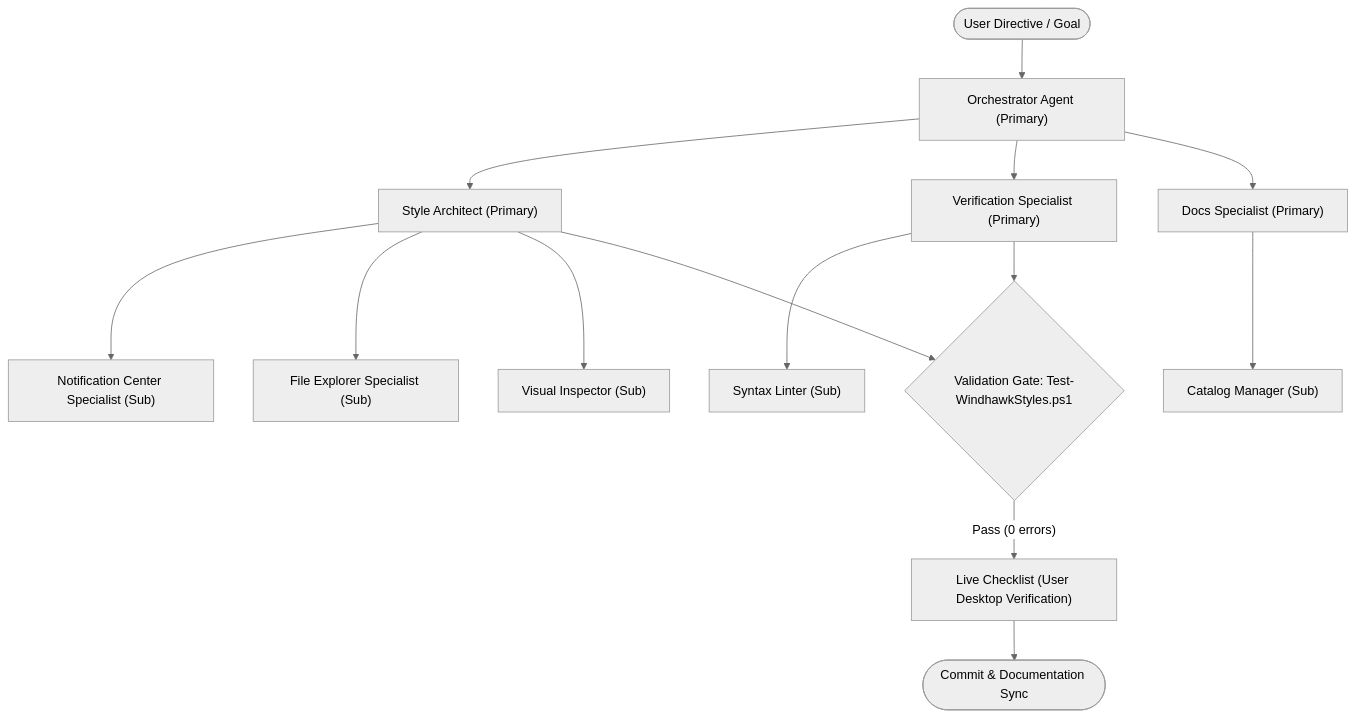
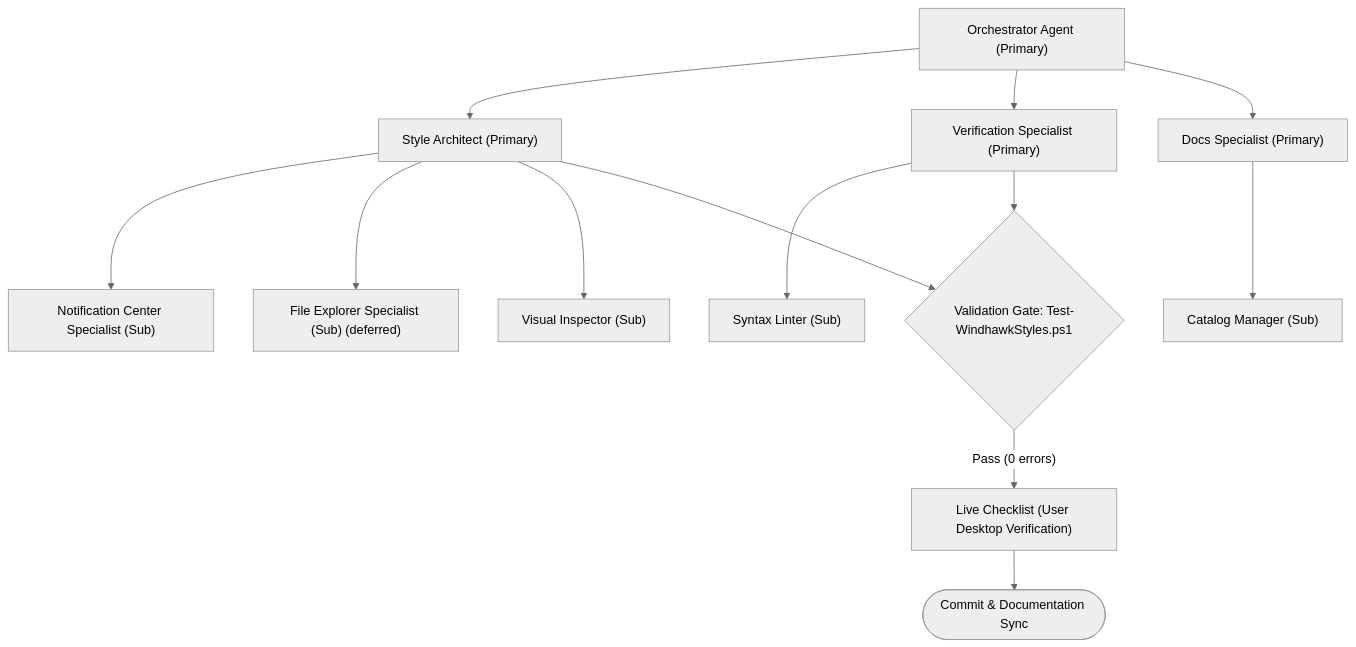
The diagram in .agents/README.md (HELIX-Origin/Windhawk-Command-Center-Suite), drawn with Mermaid (neutral theme) before and after one commit. The commit also changed other lines of this file and 22 other files, not shown here.

First line of the commit message:
feat: Update Style Architect and sub-agents documentation for deferred File Explorer work

````diff
--- a/.agents/README.md
+++ b/.agents/README.md
@@ -23,21 +26,21 @@
 ```mermaid
 flowchart TD
-    UserGoal(["User Directive / Goal"]) --> Orchestrator["Orchestrator Agent (Primary)"]
+    Orchestrator["Orchestrator Agent (Primary)"]
 
     Orchestrator --> Engineering["Style Architect (Primary)"]
     Orchestrator --> Quality["Verification Specialist (Primary)"]
     Orchestrator --> Documentation["Docs Specialist (Primary)"]
 
     Engineering --> NC["Notification Center Specialist (Sub)"]
-    Engineering --> FE["File Explorer Specialist (Sub)"]
+    Engineering --> FE["File Explorer Specialist (Sub) (deferred)"]
     Engineering --> Inspect["Visual Inspector (Sub)"]
 
     Quality --> Linter["Syntax Linter (Sub)"]
     Documentation --> Catalog["Catalog Manager (Sub)"]
 
     Engineering --> StaticGate{"Validation Gate: Test-WindhawkStyles.ps1"}
     Quality --> StaticGate
 
     StaticGate -->|"Pass (0 errors)"| LiveCheck["Live Checklist (User Desktop Verification)"]
     LiveCheck --> Done(["Commit & Documentation Sync"])
 ```
````
